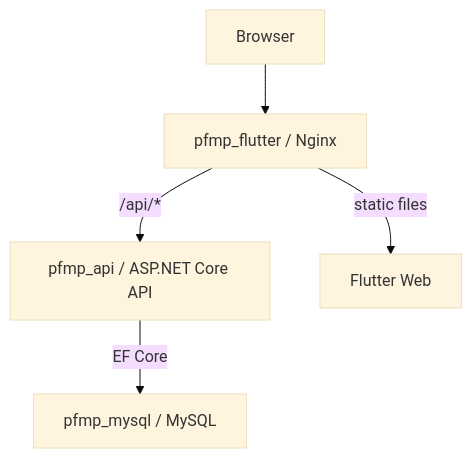
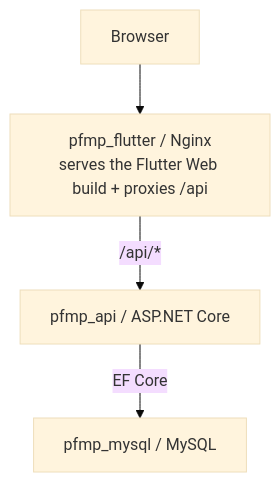
The diagram in docs/02-architecture.md (HajiKing-ops/pfmp), drawn with Mermaid (base theme) before and after one commit. The commit also changed other lines of this file and 18 other files, not shown here.

````diff
--- a/docs/02-architecture.md
+++ b/docs/02-architecture.md
@@ -190,7 +138,6 @@
 ```mermaid
 flowchart TD
-    Browser[Browser] --> Nginx[pfmp_flutter / Nginx]
-    Nginx -->|/api/*| Api[pfmp_api / ASP.NET Core API]
-    Api -->|EF Core| Mysql[pfmp_mysql / MySQL]
-    Nginx -->|static files| Flutter[Flutter Web]
+    Browser[Browser] --> Nginx["pfmp_flutter / Nginx<br/>serves the Flutter Web build + proxies /api"]
+    Nginx -->|"/api/*"| Api["pfmp_api / ASP.NET Core"]
+    Api -->|"EF Core"| Mysql["pfmp_mysql / MySQL"]
 ```
````
